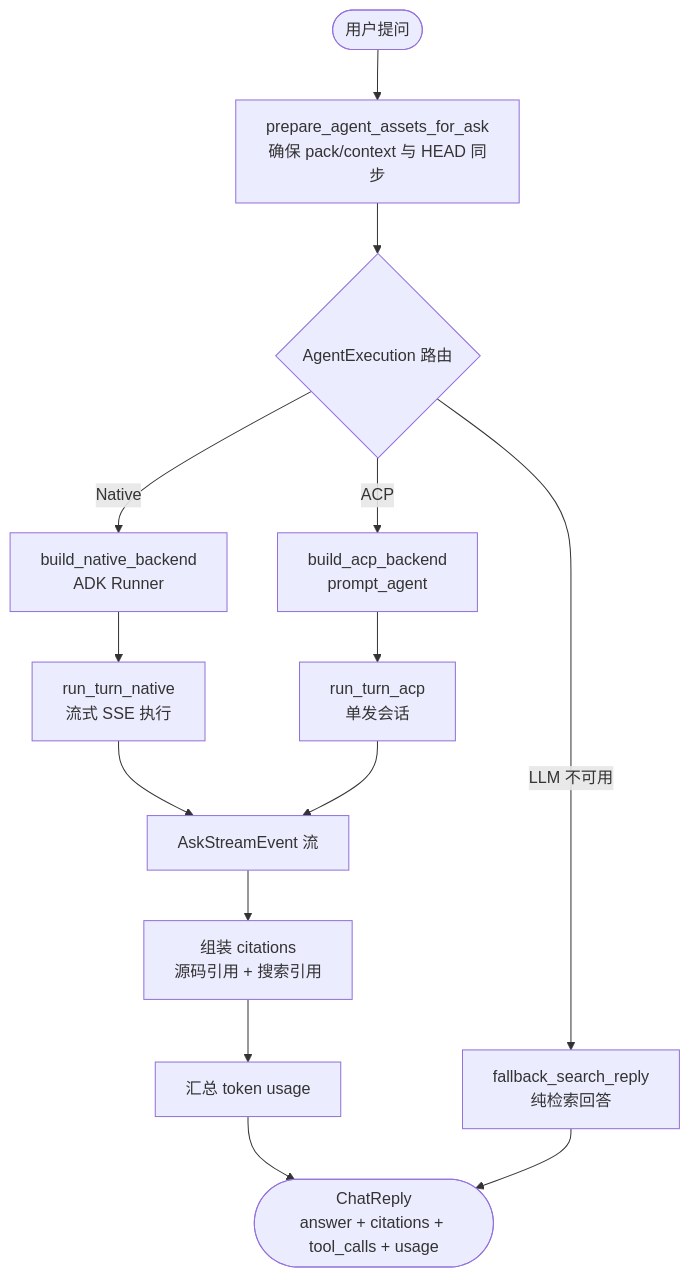
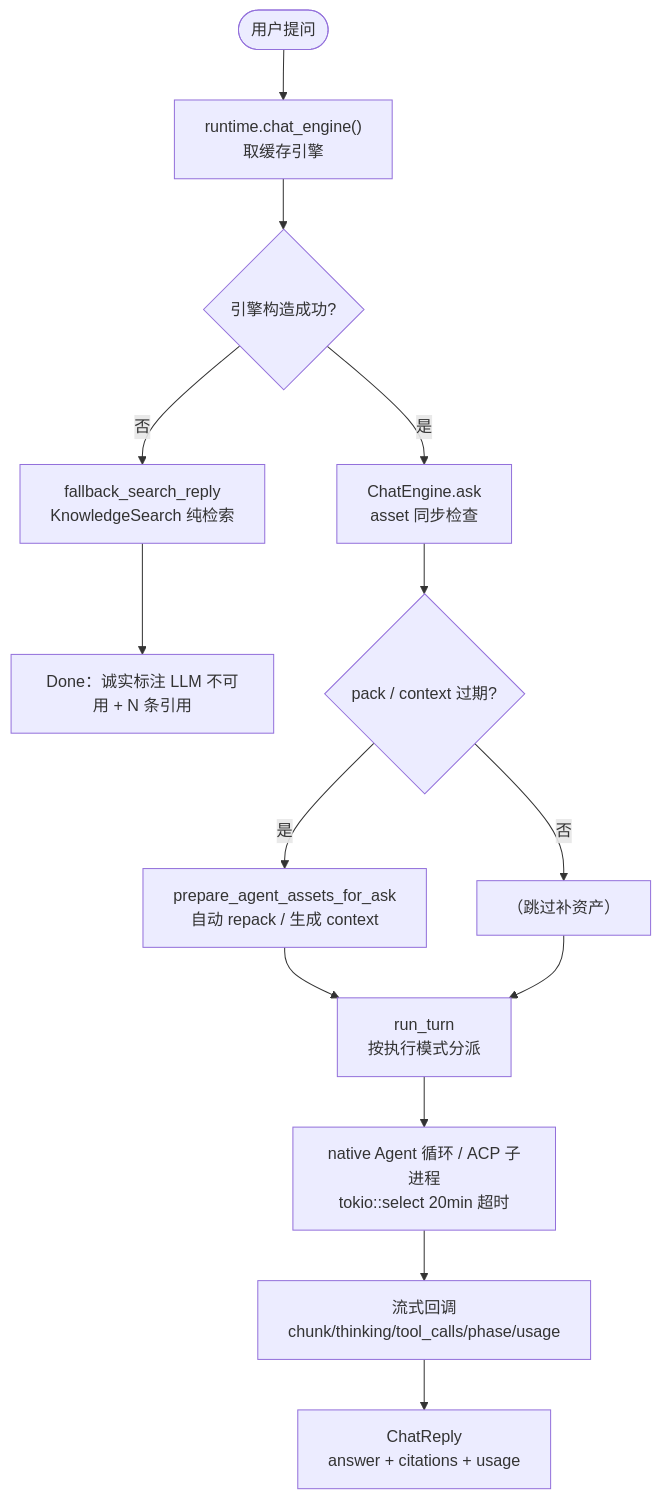
Before and after one commit to sopaco/terrain: the sixth of 11 diagrams in .terrain/human/3.工作流.md, drawn with Mermaid. The commit also changed other lines of this file and 29 other files, not shown here.

````diff
--- a/.terrain/human/3.工作流.md
+++ b/.terrain/human/3.工作流.md
@@ -108,16 +180,16 @@
 ```mermaid
 flowchart TD
-    Start(["用户提问"]) --> PREP["prepare_agent_assets_for_ask<br/>确保 pack/context 与 HEAD 同步"]
-    PREP --> ROUTE{"AgentExecution 路由"}
-    ROUTE -->|"Native"| NB["build_native_backend<br/>ADK Runner"]
-    NB --> NATIVE["run_turn_native<br/>流式 SSE 执行"]
-    ROUTE -->|"ACP"| ACP["build_acp_backend<br/>prompt_agent"]
-    ACP --> ACP_RUN["run_turn_acp<br/>单发会话"]
-    NATIVE --> EVENTS["AskStreamEvent 流"]
-    ACP_RUN --> EVENTS
-    EVENTS --> CIT["组装 citations<br/>源码引用 + 搜索引用"]
-    CIT --> USAGE["汇总 token usage"]
-    USAGE --> REPLY(["ChatReply<br/>answer + citations + tool_calls + usage"])
-    ROUTE -->|"LLM 不可用"| FB["fallback_search_reply<br/>纯检索回答"]
-    FB --> REPLY
+    Start([用户提问]) --> A["runtime.chat_engine()<br/>取缓存引擎"]
+    A --> DecEng{"引擎构造成功?"}
+    DecEng -- 否 --> B["fallback_search_reply<br/>KnowledgeSearch 纯检索"]
+    B --> B2["Done：诚实标注 LLM 不可用 + N 条引用"]
+    DecEng -- 是 --> C["ChatEngine.ask<br/>asset 同步检查"]
+    C --> D{"pack / context 过期?"}
+    D -- 是 --> D2["prepare_agent_assets_for_ask<br/>自动 repack / 生成 context"]
+    D -- 否 --> D3["（跳过补资产）"]
+    D2 --> E["run_turn<br/>按执行模式分派"]
+    D3 --> E
+    E --> F["native Agent 循环 / ACP 子进程<br/>tokio::select 20min 超时"]
+    F --> G["流式回调<br/>chunk/thinking/tool_calls/phase/usage"]
+    G --> H["ChatReply<br/>answer + citations + usage"]
 ```
````
